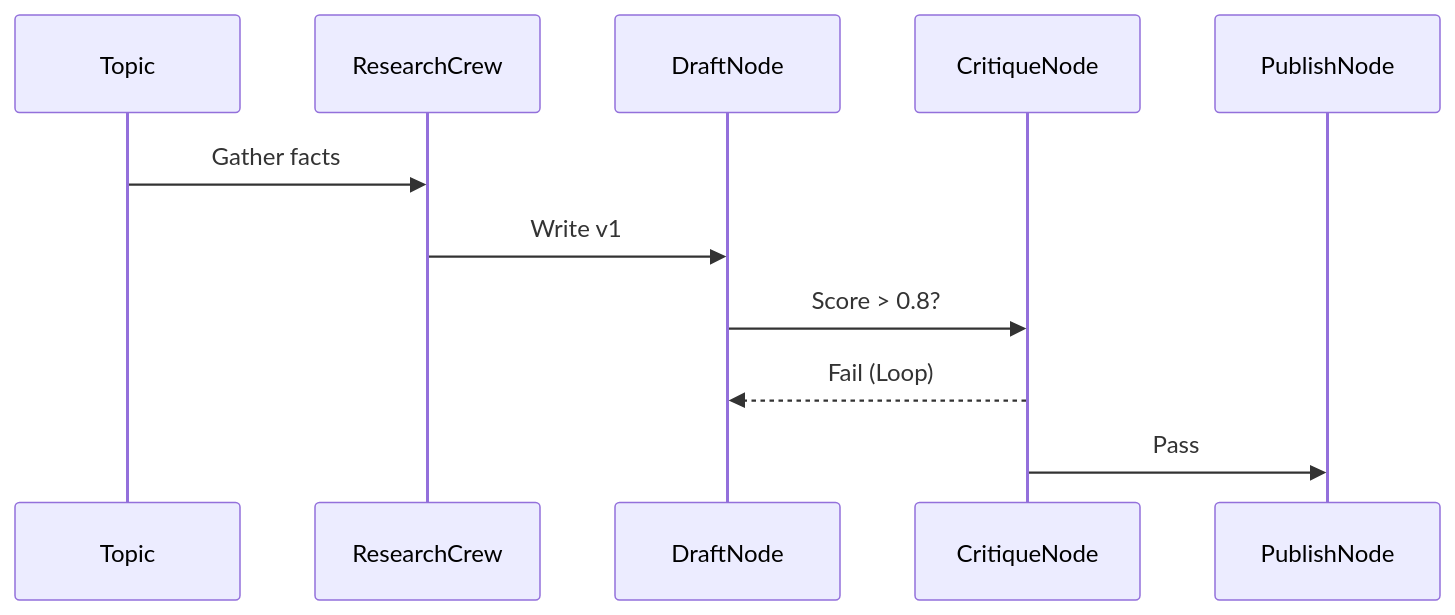
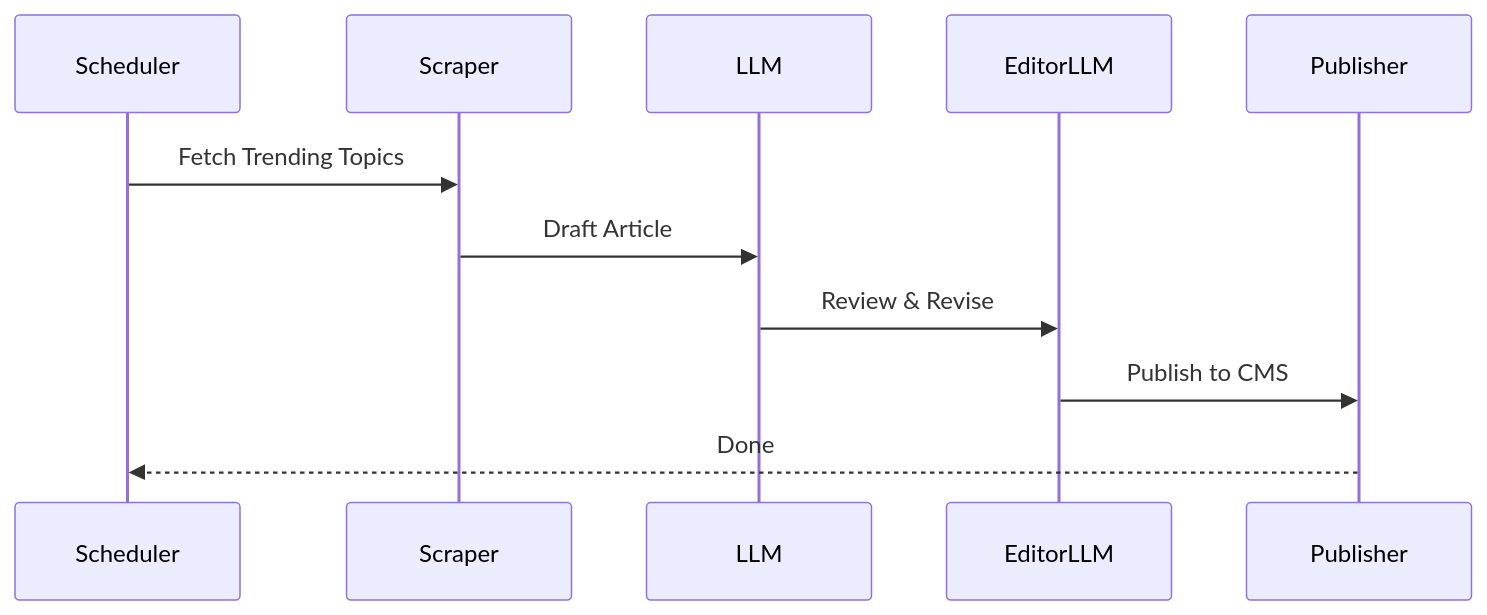
Before and after one commit to SumitDalavi/autonomous-content-pipeline: the diagram in docs/architecture.md, drawn with Mermaid. The commit also changed other lines of this file and 1 other file, not shown here.

Commit message:
docs: implement detailed README and architecture docs

````diff
--- a/docs/architecture.md
+++ b/docs/architecture.md
@@ -6,8 +6,8 @@
 ```mermaid
 sequenceDiagram
-Topic->>ResearchCrew: Gather facts
-ResearchCrew->>DraftNode: Write v1
-DraftNode->>CritiqueNode: Score > 0.8?
-CritiqueNode-->>DraftNode: Fail (Loop)
-CritiqueNode->>PublishNode: Pass
+    Scheduler->>Scraper: Fetch Trending Topics
+Scraper->>LLM: Draft Article
+LLM->>EditorLLM: Review & Revise
+EditorLLM->>Publisher: Publish to CMS
+Publisher-->>Scheduler: Done
 ```
````
